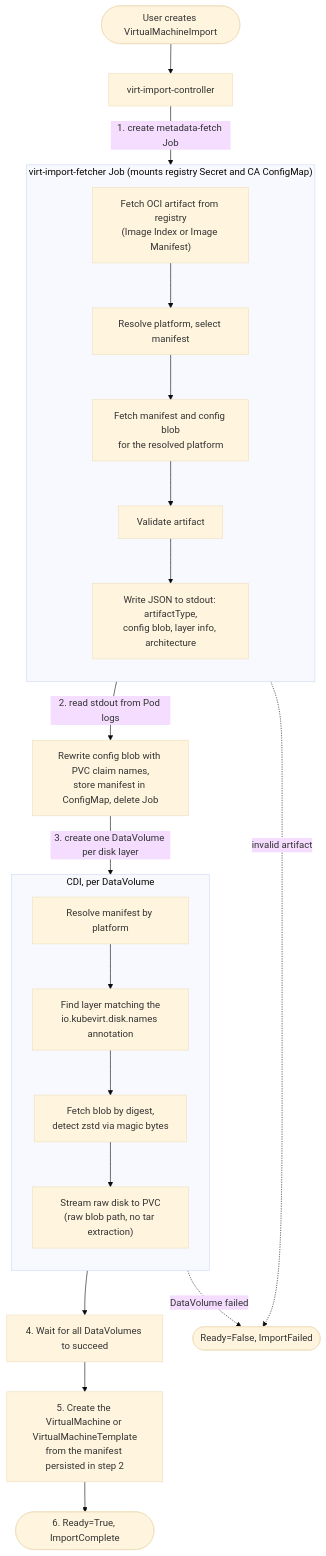
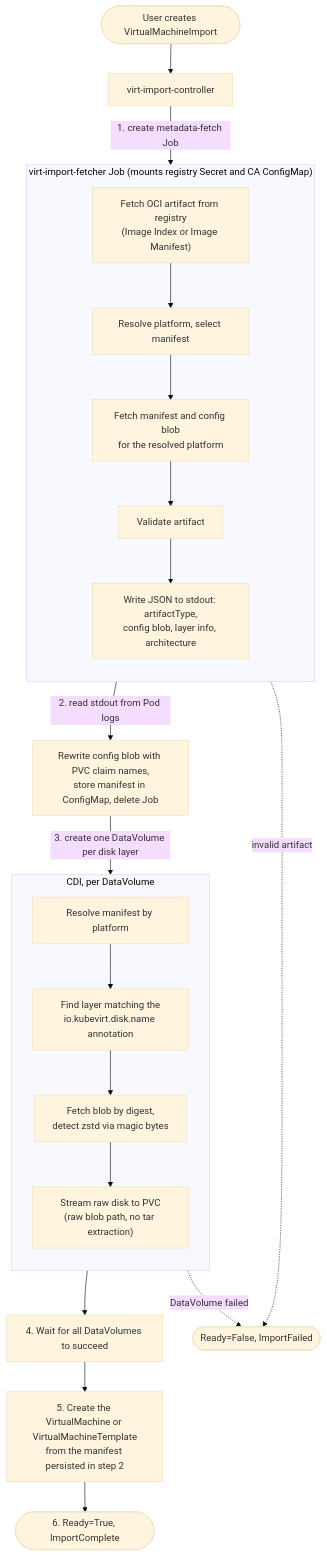
One commit to kubevirt/enhancements changed the diagram in veps/sig-compute/395-oci-import/vep.md. Above: the diagram before and after it, drawn with Mermaid (base theme). The commit also changed other lines of this file and 1 other file, not shown here.

First line of the commit message:
VEP #256: Revert the disk name layer annotation to singular (#459)

````diff
--- a/veps/sig-compute/395-oci-import/vep.md
+++ b/veps/sig-compute/395-oci-import/vep.md
@@ -416,34 +412,34 @@
 ```mermaid
 flowchart TD
     U(["User creates VirtualMachineImport"]) --> CTRL["virt-import-controller"]
     CTRL -->|"1. create metadata-fetch Job"| FETCH
 
     subgraph FETCH ["virt-import-fetcher Job (mounts registry Secret and CA ConfigMap)"]
         direction TB
         F1["Fetch OCI artifact from registry<br/>(Image Index or Image Manifest)"]
         F2["Resolve platform, select manifest"]
         F3["Fetch manifest and config blob<br/>for the resolved platform"]
         F4["Validate artifact"]
         F5["Write JSON to stdout: artifactType,<br/>config blob, layer info, architecture"]
         F1 --> F2 --> F3 --> F4 --> F5
     end
 
     FETCH -->|"2. read stdout from Pod logs"| STORE["Rewrite config blob with PVC claim names,<br/>store manifest in ConfigMap, delete Job"]
     STORE -->|"3. create one DataVolume per disk layer"| CDI
 
     subgraph CDI ["CDI, per DataVolume"]
         direction TB
         C1["Resolve manifest by platform"]
-        C2["Find layer matching the<br/>io.kubevirt.disk.names annotation"]
+        C2["Find layer matching the<br/>io.kubevirt.disk.name annotation"]
         C3["Fetch blob by digest,<br/>detect zstd via magic bytes"]
         C4["Stream raw disk to PVC<br/>(raw blob path, no tar extraction)"]
         C1 --> C2 --> C3 --> C4
     end
 
     CDI --> WAIT["4. Wait for all DataVolumes to succeed"]
     WAIT --> CREATE["5. Create the VirtualMachine or VirtualMachineTemplate<br/>from the manifest persisted in step 2"]
     CREATE --> READY(["6. Ready=True, ImportComplete"])
 
     F4 -.->|"invalid artifact"| FAIL(["Ready=False, ImportFailed"])
     CDI -.->|"DataVolume failed"| FAIL
 ```
````
